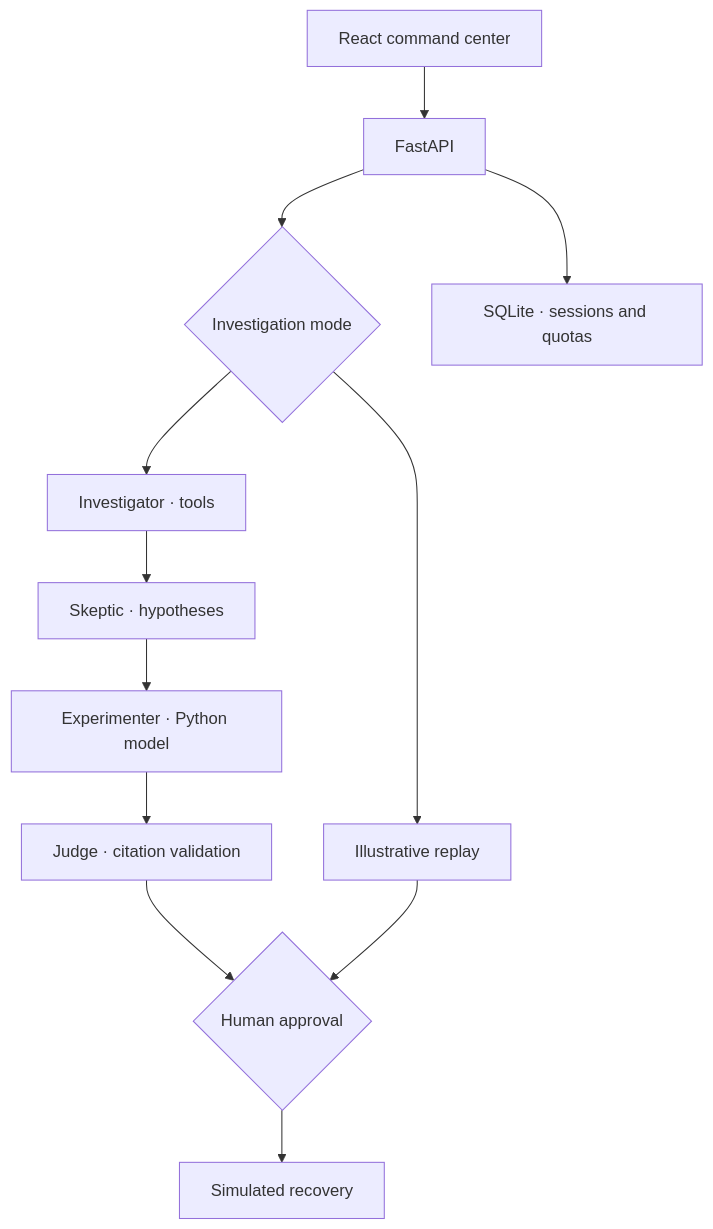
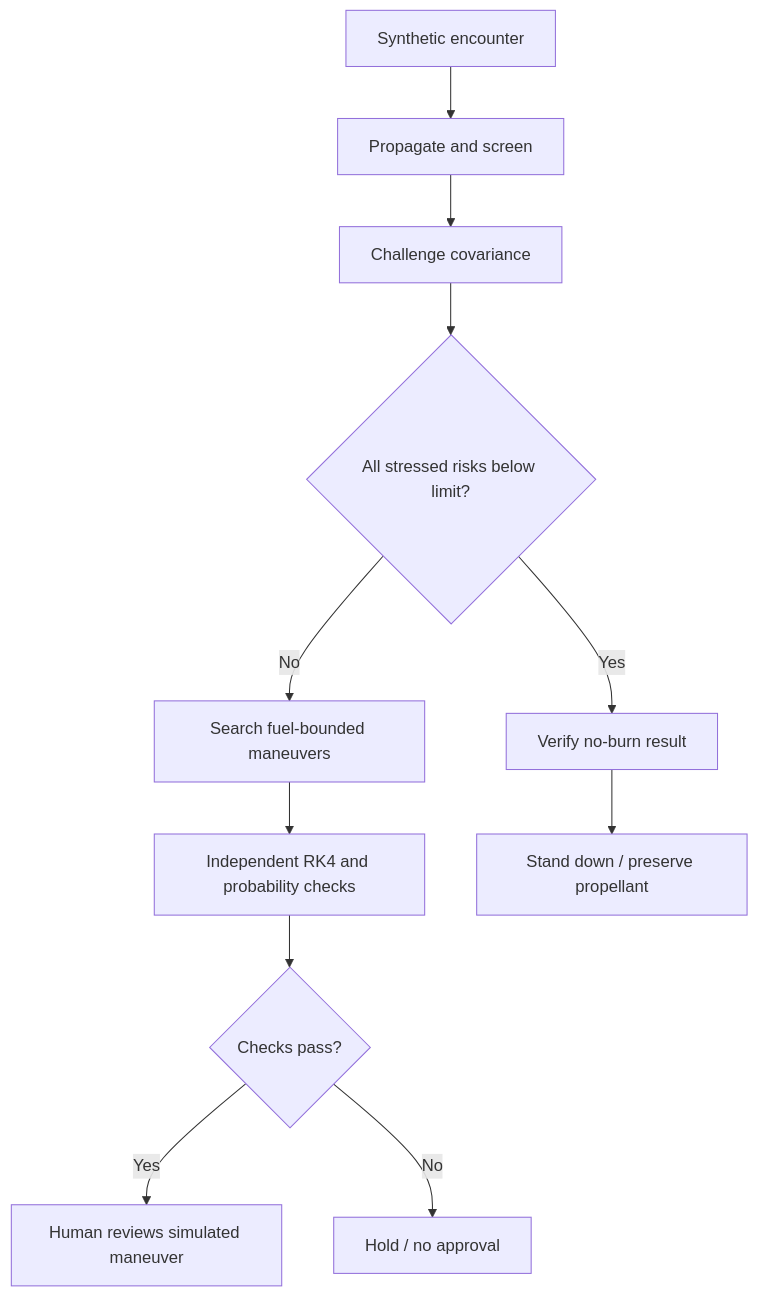
One commit to Manoj-619/incident-zero changed the diagram in README.md. Above: the diagram before and after it, drawn with Mermaid. The commit also changed other lines of this file and 89 other files, not shown here.

````diff
--- a/README.md
+++ b/README.md
@@ -87,14 +56,13 @@
 ```mermaid
 flowchart TD
-    UI["React command center"] --> API["FastAPI"]
-    API --> MODE{"Investigation mode"}
-    MODE --> REPLAY["Illustrative replay"]
-    MODE --> INVEST["Investigator · tools"]
-    INVEST --> SKEPTIC["Skeptic · hypotheses"]
-    SKEPTIC --> EXP["Experimenter · Python model"]
-    EXP --> JUDGE["Judge · citation validation"]
-    JUDGE --> GATE{"Human approval"}
-    REPLAY --> GATE
-    GATE --> RECOVERY["Simulated recovery"]
-    API --> STORE["SQLite · sessions and quotas"]
+    Encounter["Synthetic encounter"] --> Track["Propagate and screen"]
+    Track --> Challenge["Challenge covariance"]
+    Challenge --> Safe{"All stressed risks below limit?"}
+    Safe -->|Yes| VerifyNoBurn["Verify no-burn result"]
+    Safe -->|No| Plan["Search fuel-bounded maneuvers"]
+    Plan --> Verify["Independent RK4 and probability checks"]
+    Verify --> Pass{"Checks pass?"}
+    Pass -->|Yes| Human["Human reviews simulated maneuver"]
+    Pass -->|No| Hold["Hold / no approval"]
+    VerifyNoBurn --> StandDown["Stand down / preserve propellant"]
 ```
````
